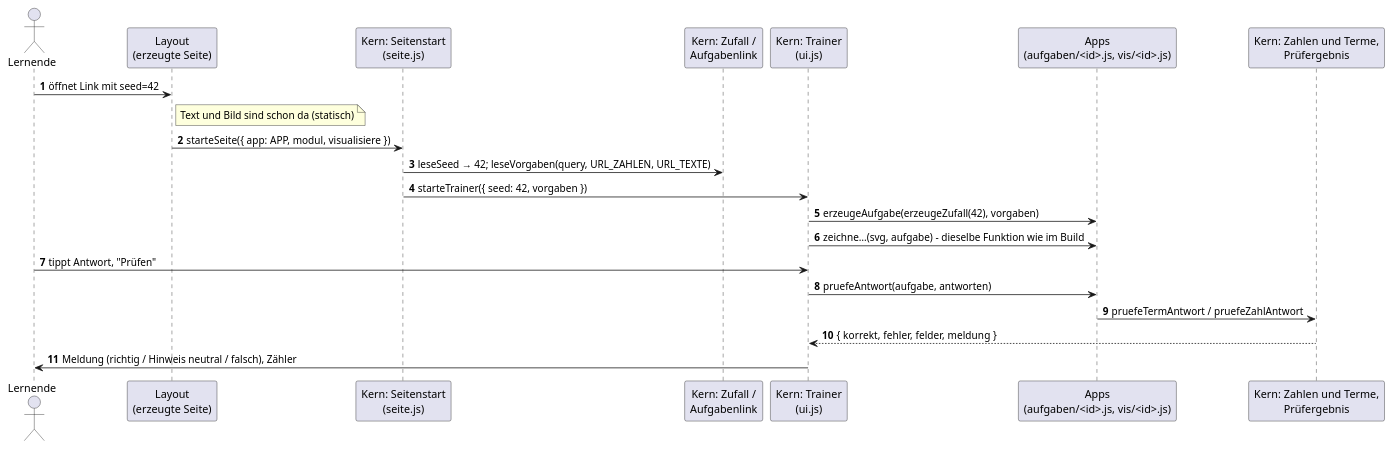
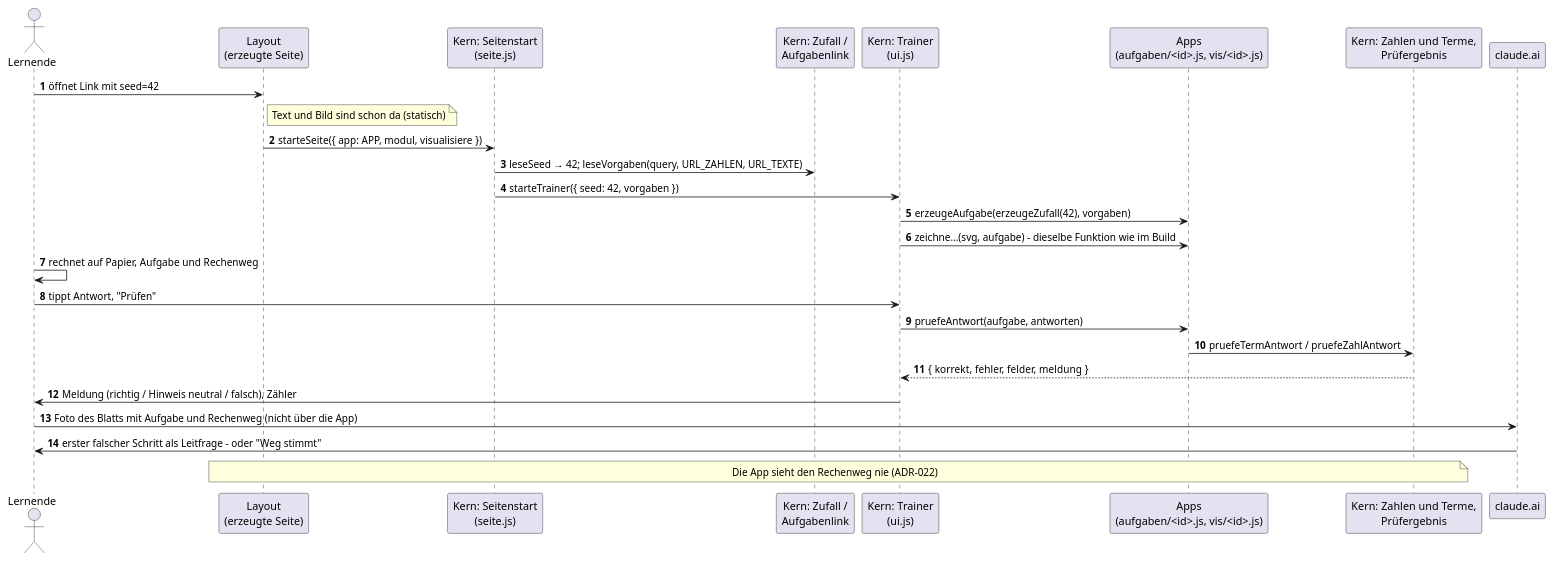
Before and after one commit to lernapps/lernapps.github.io: the second of 7 diagrams in src/docs/arc42/chapters/06_runtime_view.adoc, drawn with PlantUML. The commit also changed other lines of this file and 5 other files, not shown here.

First line of the commit message:
docs(arc42): ADR-022 Rechenweg auf Papier, geprüft vom Tutor per Foto

```diff
--- a/src/docs/arc42/chapters/06_runtime_view.adoc
+++ b/src/docs/arc42/chapters/06_runtime_view.adoc
@@ -67,26 +69,31 @@
 [plantuml, target=laufzeit-aufgabe, format=svg]
 ....
 @startuml
 autonumber
 actor "Lernende" as kind
 participant "Layout\n(erzeugte Seite)" as seite
 participant "Kern: Seitenstart\n(seite.js)" as start
 participant "Kern: Zufall /\nAufgabenlink" as zufall
 participant "Kern: Trainer\n(ui.js)" as trainer
 participant "Apps\n(aufgaben/<id>.js, vis/<id>.js)" as app
 participant "Kern: Zahlen und Terme,\nPrüfergebnis" as zahlen
+participant "claude.ai" as claude
 
 kind -> seite : öffnet Link mit seed=42
 note right of seite : Text und Bild sind schon da (statisch)
 seite -> start : starteSeite({ app: APP, modul, visualisiere })
 start -> zufall : leseSeed → 42; leseVorgaben(query, URL_ZAHLEN, URL_TEXTE)
 start -> trainer : starteTrainer({ seed: 42, vorgaben })
 trainer -> app : erzeugeAufgabe(erzeugeZufall(42), vorgaben)
 trainer -> app : zeichne…(svg, aufgabe) – dieselbe Funktion wie im Build
+kind -> kind : rechnet auf Papier, Aufgabe und Rechenweg
 kind -> trainer : tippt Antwort, "Prüfen"
 trainer -> app : pruefeAntwort(aufgabe, antworten)
 app -> zahlen : pruefeTermAntwort / pruefeZahlAntwort
 zahlen --> trainer : { korrekt, fehler, felder, meldung }
 trainer -> kind : Meldung (richtig / Hinweis neutral / falsch), Zähler
+kind -> claude : Foto des Blatts mit Aufgabe und Rechenweg (nicht über die App)
+claude -> kind : erster falscher Schritt als Leitfrage – oder "Weg stimmt"
+note over seite, zahlen : Die App sieht den Rechenweg nie (ADR-022)
 @enduml
 ....
```
